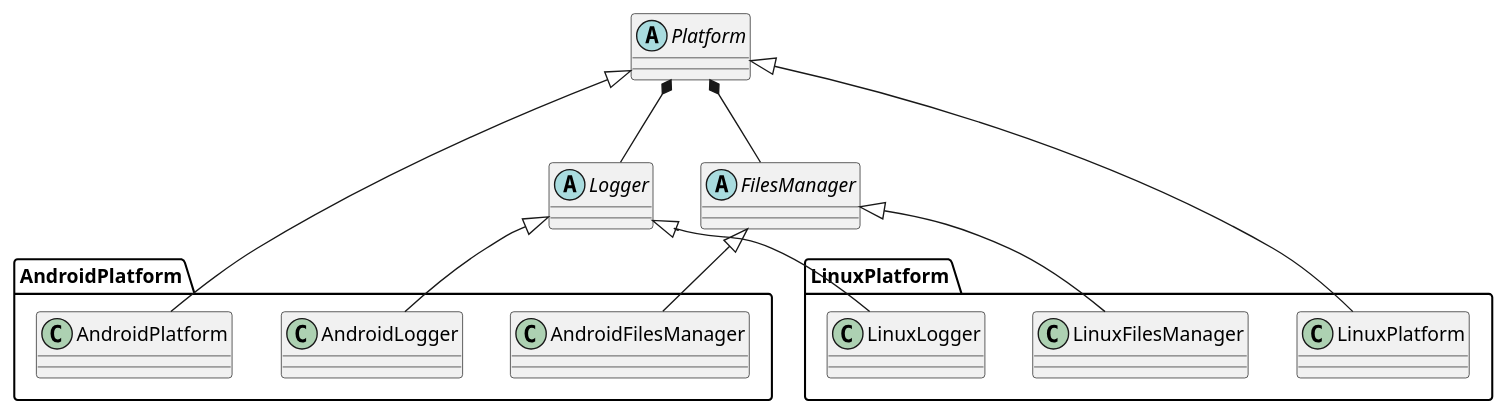
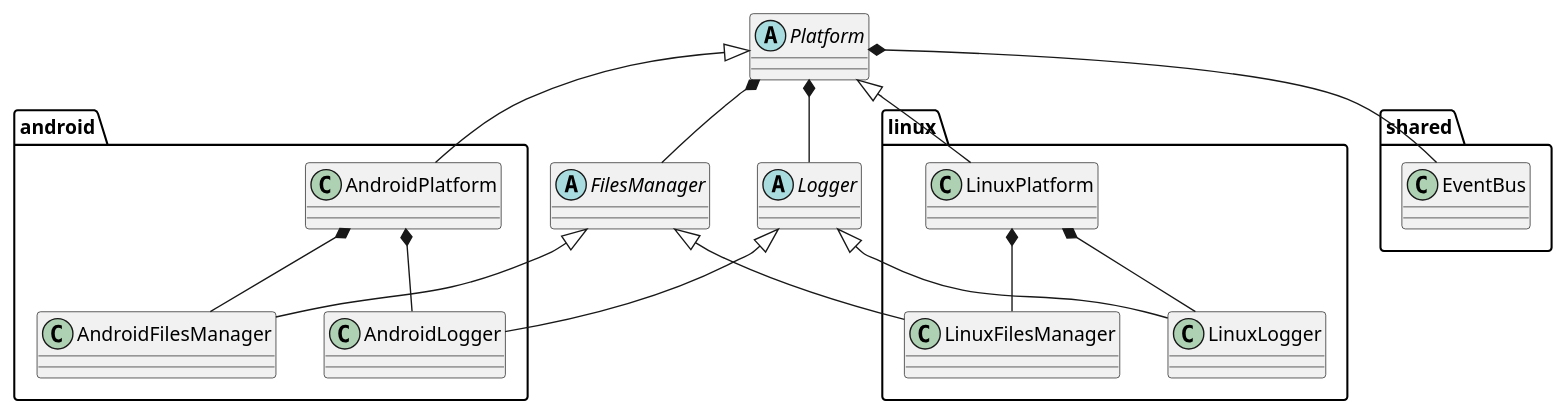
Before and after one commit to simonppg/Break_it_all: the diagram in docs/platform.plantuml, drawn with PlantUML. The commit also changed 46 other files, not shown here.

Commit message:
feat(eventbus): add an event bus

```diff
--- a/docs/platform.plantuml
+++ b/docs/platform.plantuml
@@ -1,21 +1,31 @@
 @startuml diagram
 Platform *-- Logger
 Platform *-- FilesManager
 
 abstract class Platform
 abstract class Logger
 abstract class FilesManager
 
-package AndroidPlatform {
+package android {
     Platform <|-- AndroidPlatform
     Logger <|-- AndroidLogger
     FilesManager <|-- AndroidFilesManager
+
+    AndroidPlatform *-- AndroidFilesManager
+    AndroidPlatform *-- AndroidLogger
 }
 
-package LinuxPlatform {
+package linux {
     Platform <|-- LinuxPlatform
     Logger <|-- LinuxLogger
     FilesManager <|-- LinuxFilesManager
+
+    LinuxPlatform *-- LinuxFilesManager
+    LinuxPlatform *-- LinuxLogger
+}
+
+package shared {
+  Platform *-- EventBus
 }
 
 @enduml
```
